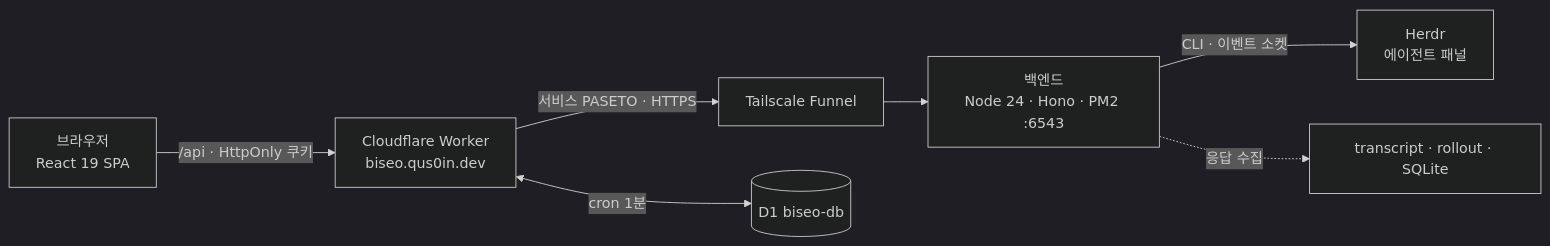
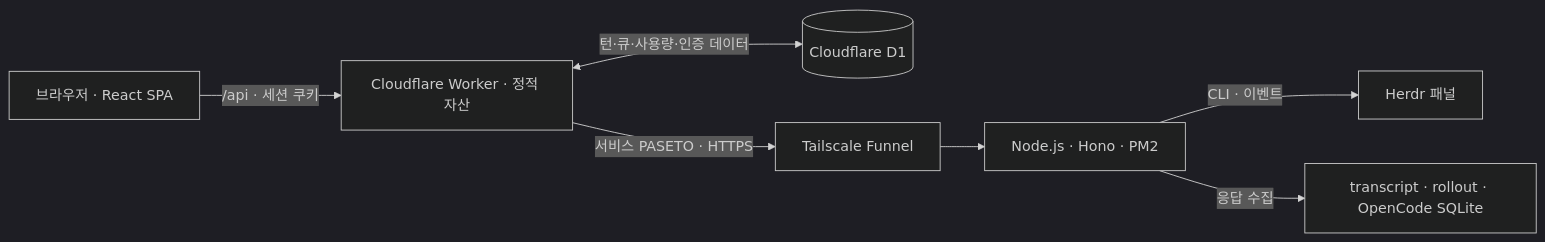
One commit to qus0in-factory/biseo changed the diagram in README.md. Above: the diagram before and after it, drawn with Mermaid (dark theme). The commit also changed other lines of this file and 3 other files, not shown here.

````diff
--- a/README.md
+++ b/README.md
@@ -25,9 +21,9 @@
 ```mermaid
 flowchart LR
-  B["브라우저<br/>React 19 SPA"] -->|"/api · HttpOnly 쿠키"| W["Cloudflare Worker<br/>biseo.qus0in.dev"]
-  W -->|"서비스 PASETO · HTTPS"| F["Tailscale Funnel"]
-  F --> S["백엔드<br/>Node 24 · Hono · PM2 :6543"]
-  S -->|"CLI · 이벤트 소켓"| H["Herdr<br/>에이전트 패널"]
-  W <-->|"cron 1분"| D[("D1 biseo-db")]
-  S -.->|"응답 수집"| T["transcript · rollout · SQLite"]
+  Browser["브라우저 · React SPA"] -->|"/api · 세션 쿠키"| Worker["Cloudflare Worker · 정적 자산"]
+  Worker <-->|"턴·큐·사용량·인증 데이터"| D1[(Cloudflare D1)]
+  Worker -->|"서비스 PASETO · HTTPS"| Funnel[Tailscale Funnel]
+  Funnel --> Backend["Node.js · Hono · PM2"]
+  Backend -->|"CLI · 이벤트"| Herdr[Herdr 패널]
+  Backend -->|"응답 수집"| Records["transcript · rollout · OpenCode SQLite"]
 ```
````
